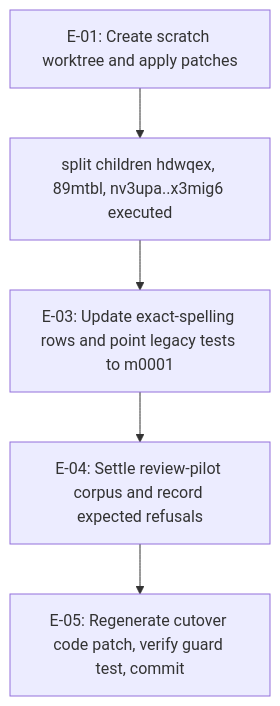
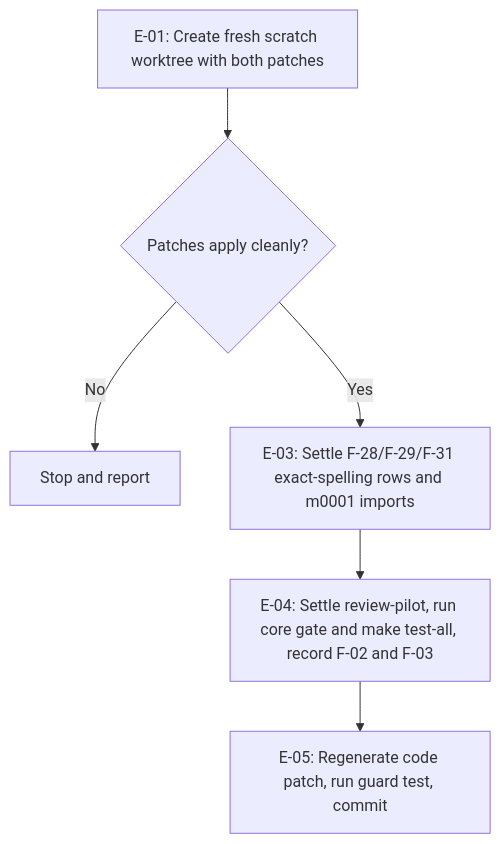
Before and after one commit to fariello/agent-workflows: the diagram in .aw/records/plans/pending/20261109-metastore-257-x1mmdp-add-the-log-format-test-builder-switch-to-the-cutover-code-p.ipd.md, drawn with Mermaid. The commit also changed other lines of this file and 1 other file, not shown here.

First line of the commit message:
plan-review: harden x1mmdp (revisions applied)

````diff
--- a/.aw/records/plans/pending/20261109-metastore-257-x1mmdp-add-the-log-format-test-builder-switch-to-the-cutover-code-p.ipd.md
+++ b/.aw/records/plans/pending/20261109-metastore-257-x1mmdp-add-the-log-format-test-builder-switch-to-the-cutover-code-p.ipd.md
@@ -95,7 +100,8 @@
 ```mermaid
 flowchart TD
-    E01["E-01: Create scratch worktree and apply patches"] --> K["split children hdwqex, 89mtbl, nv3upa..x3mig6 executed"]
-    K --> E03["E-03: Update exact-spelling rows and point legacy tests to m0001"]
-    E03 --> E04["E-04: Settle review-pilot corpus and record expected refusals"]
-    E04 --> E05["E-05: Regenerate cutover code patch, verify guard test, commit"]
+    E01["E-01: Create fresh scratch worktree with both patches"] --> P{Patches apply cleanly?}
+    P -->|No| STOP["Stop and report"]
+    P -->|Yes| E03["E-03: Settle F-28/F-29/F-31 exact-spelling rows and m0001 imports"]
+    E03 --> E04["E-04: Settle review-pilot, run core gate and make test-all, record F-02 and F-03"]
+    E04 --> E05["E-05: Regenerate code patch, run guard test, commit"]
 ```
````
